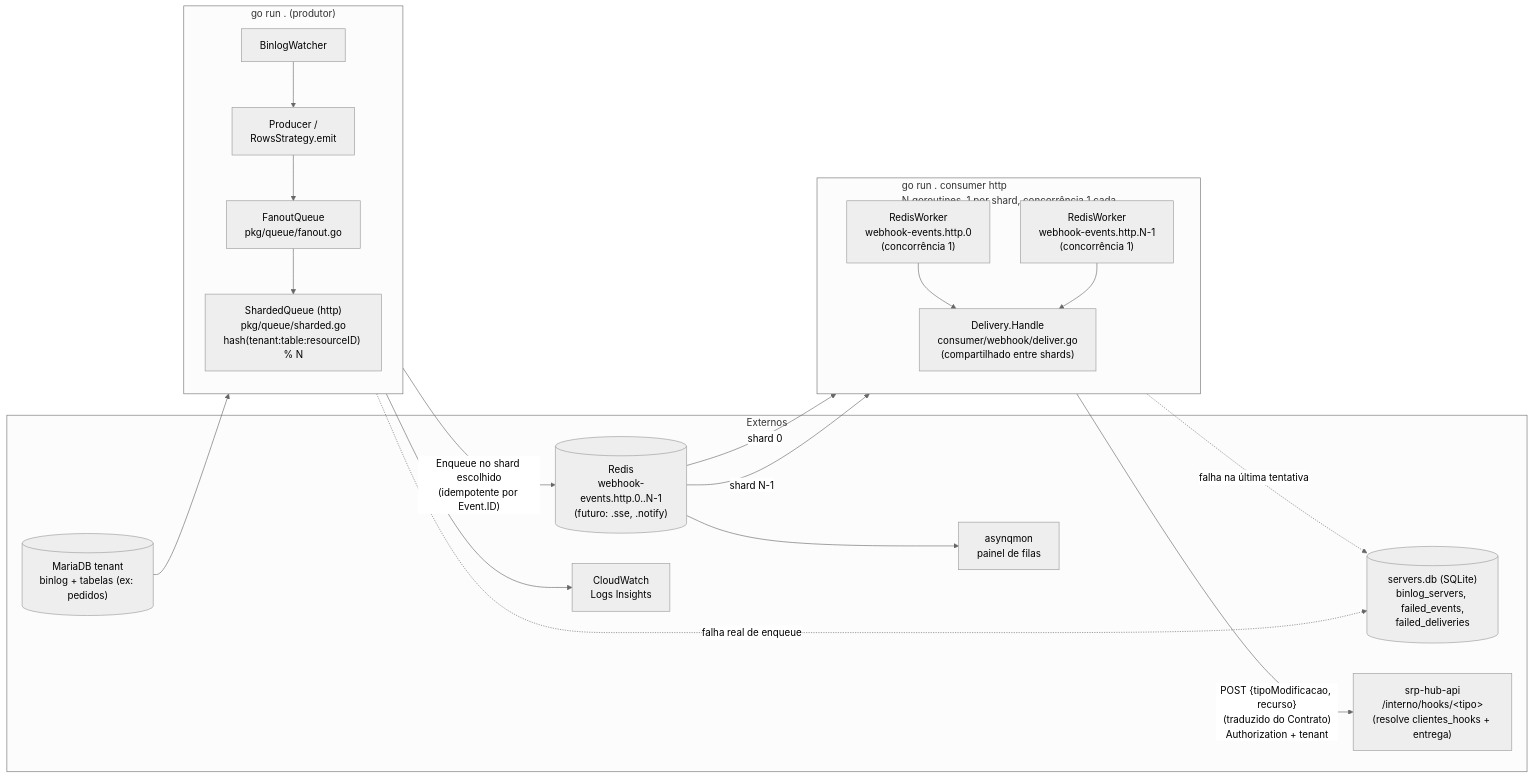
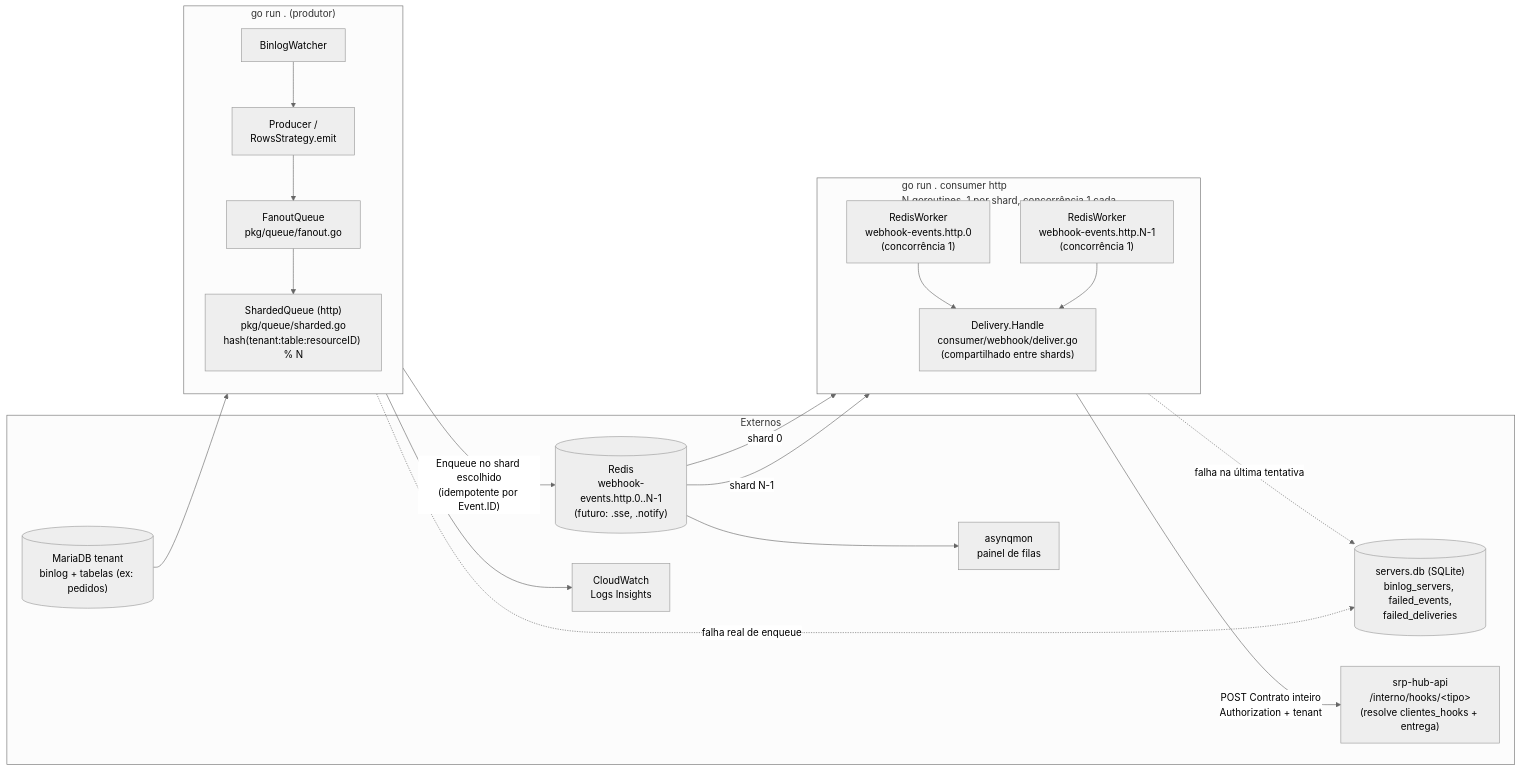
Before and after one commit to AlisonSimiao/webhook-watcher: the diagram in README.md, drawn with Mermaid (neutral theme). The commit also changed other lines of this file and 4 other files, not shown here.

Commit message:
feat: enviar o contrato canônico inteiro como corpo para o srp-hub-api

````diff
--- a/README.md
+++ b/README.md
@@ -79,36 +79,36 @@
 ```mermaid
 flowchart LR
     subgraph Ext["Externos"]
         MDB[("MariaDB tenant<br/>binlog + tabelas (ex: pedidos)")]
         SQLITE[("servers.db (SQLite)<br/>binlog_servers, failed_events,<br/>failed_deliveries")]
         REDIS[("Redis<br/>webhook-events.http.0..N-1<br/>(futuro: .sse, .notify)")]
         ASYNQMON["asynqmon<br/>painel de filas"]
         SRPAPI["srp-hub-api<br/>/interno/hooks/&lt;tipo&gt;<br/>(resolve clientes_hooks + entrega)"]
         CLOUD["CloudWatch<br/>Logs Insights"]
     end
 
     subgraph Producer["go run . (produtor)"]
         direction TB
         BW["BinlogWatcher"]
         PROD["Producer /<br/>RowsStrategy.emit"]
         FANOUT["FanoutQueue<br/>pkg/queue/fanout.go"]
         SHARD["ShardedQueue (http)<br/>pkg/queue/sharded.go<br/>hash(tenant:table:resourceID) % N"]
     end
 
     subgraph ConsumerHTTP["go run . consumer http<br/>N goroutines, 1 por shard, concorrência 1 cada"]
         direction TB
         WORKER0["RedisWorker<br/>webhook-events.http.0<br/>(concorrência 1)"]
         WORKERN["RedisWorker<br/>webhook-events.http.N-1<br/>(concorrência 1)"]
         DELIVERY["Delivery.Handle<br/>consumer/webhook/deliver.go<br/>(compartilhado entre shards)"]
     end
 
     MDB --> BW --> PROD --> FANOUT --> SHARD
     SHARD -->|"Enqueue no shard escolhido<br/>(idempotente por Event.ID)"| REDIS
     FANOUT -.->|"falha real de enqueue"| SQLITE
     REDIS --> ASYNQMON
     REDIS -->|"shard 0"| WORKER0 --> DELIVERY
     REDIS -->|"shard N-1"| WORKERN --> DELIVERY
-    DELIVERY -->|"POST {tipoModificacao, recurso}<br/>(traduzido do Contrato)<br/>Authorization + tenant"| SRPAPI
+    DELIVERY -->|"POST Contrato inteiro<br/>Authorization + tenant"| SRPAPI
     DELIVERY -.->|"falha na última tentativa"| SQLITE
     PROD --> CLOUD
 ```
````
